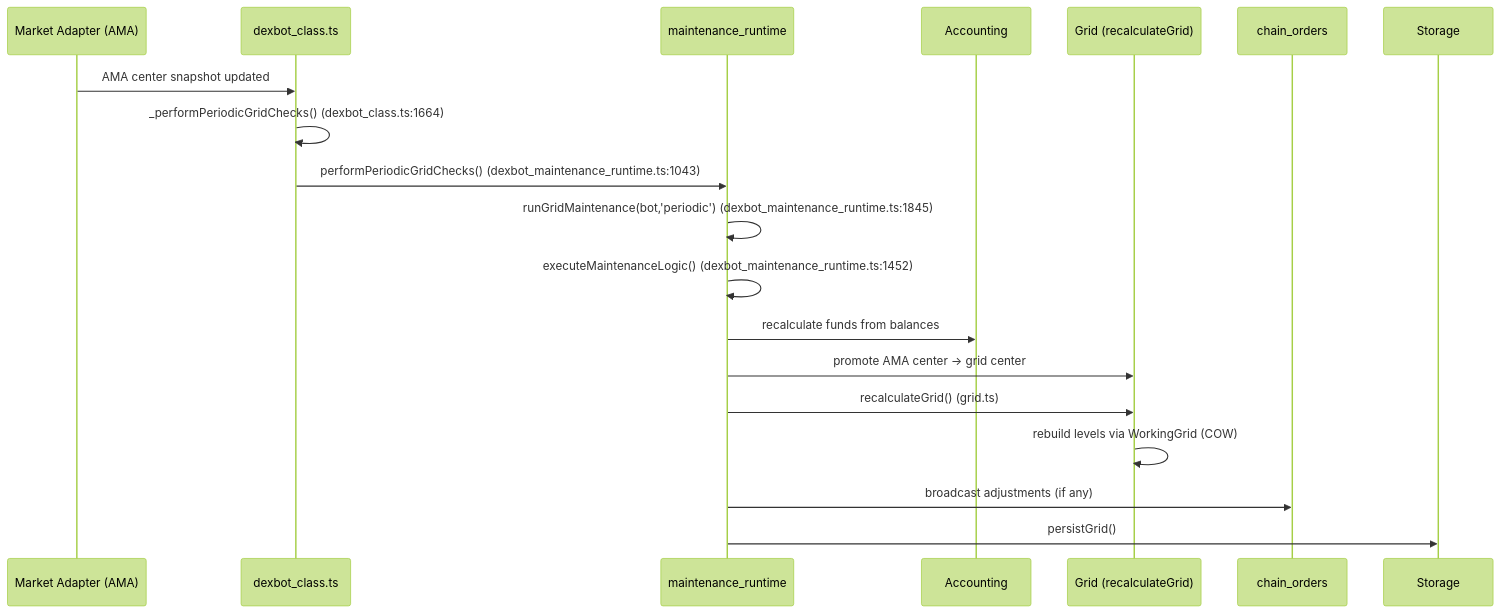
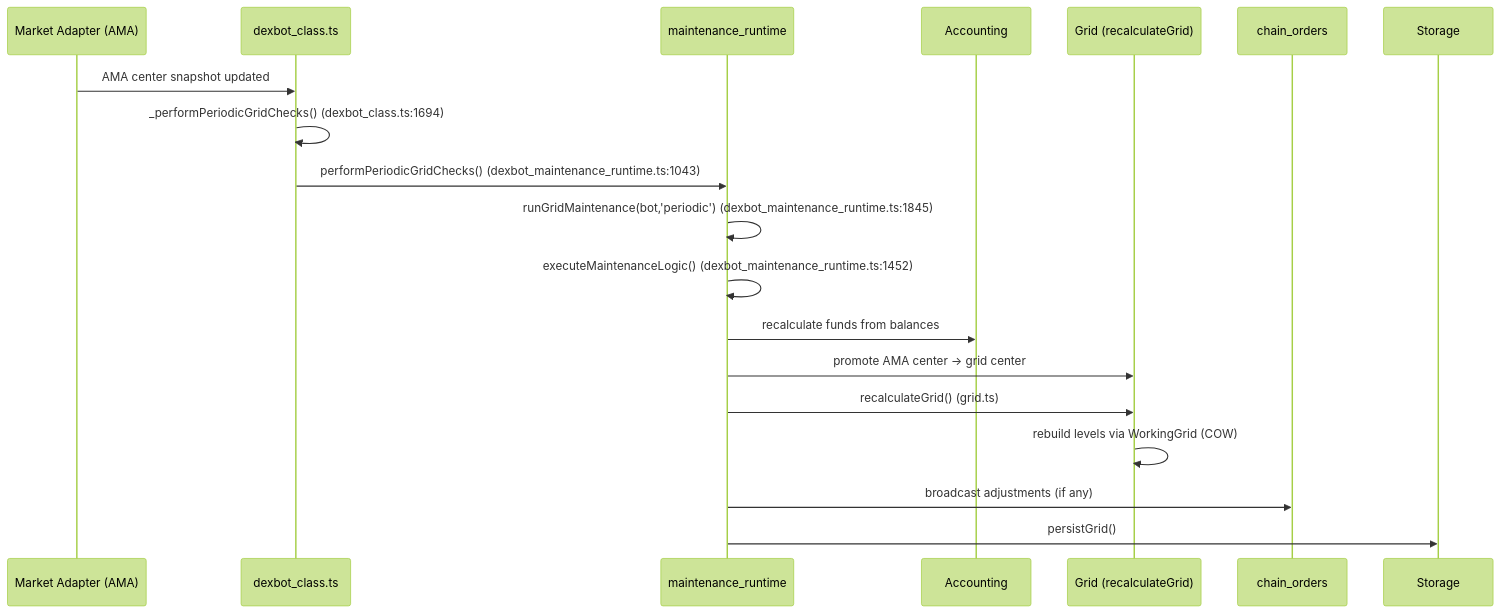
Before and after one commit to Impulssi/DEXBot2: the fourth of 4 diagrams in docs/LIFECYCLE.md, drawn with Mermaid (forest theme). The commit also changed other lines of this file and 14 other files, not shown here.

````diff
--- a/docs/LIFECYCLE.md
+++ b/docs/LIFECYCLE.md
@@ -126,22 +126,22 @@
 ```mermaid
 sequenceDiagram
     participant MA as Market Adapter (AMA)
     participant CL as dexbot_class.ts
     participant RT as maintenance_runtime
     participant AC as Accounting
     participant GD as Grid (recalculateGrid)
     participant CO as chain_orders
     participant STORE as Storage
 
     MA->>CL: AMA center snapshot updated
-    CL->>CL: _performPeriodicGridChecks()  (dexbot_class.ts:1664)
+    CL->>CL: _performPeriodicGridChecks()  (dexbot_class.ts:1694)
     CL->>RT: performPeriodicGridChecks()  (dexbot_maintenance_runtime.ts:1043)
     RT->>RT: runGridMaintenance(bot,'periodic')  (dexbot_maintenance_runtime.ts:1845)
     RT->>RT: executeMaintenanceLogic()  (dexbot_maintenance_runtime.ts:1452)
     RT->>AC: recalculate funds from balances
     RT->>GD: promote AMA center -> grid center
     RT->>GD: recalculateGrid()  (grid.ts)
     GD->>GD: rebuild levels via WorkingGrid (COW)
     RT->>CO: broadcast adjustments (if any)
     RT->>STORE: persistGrid()
 ```
````
